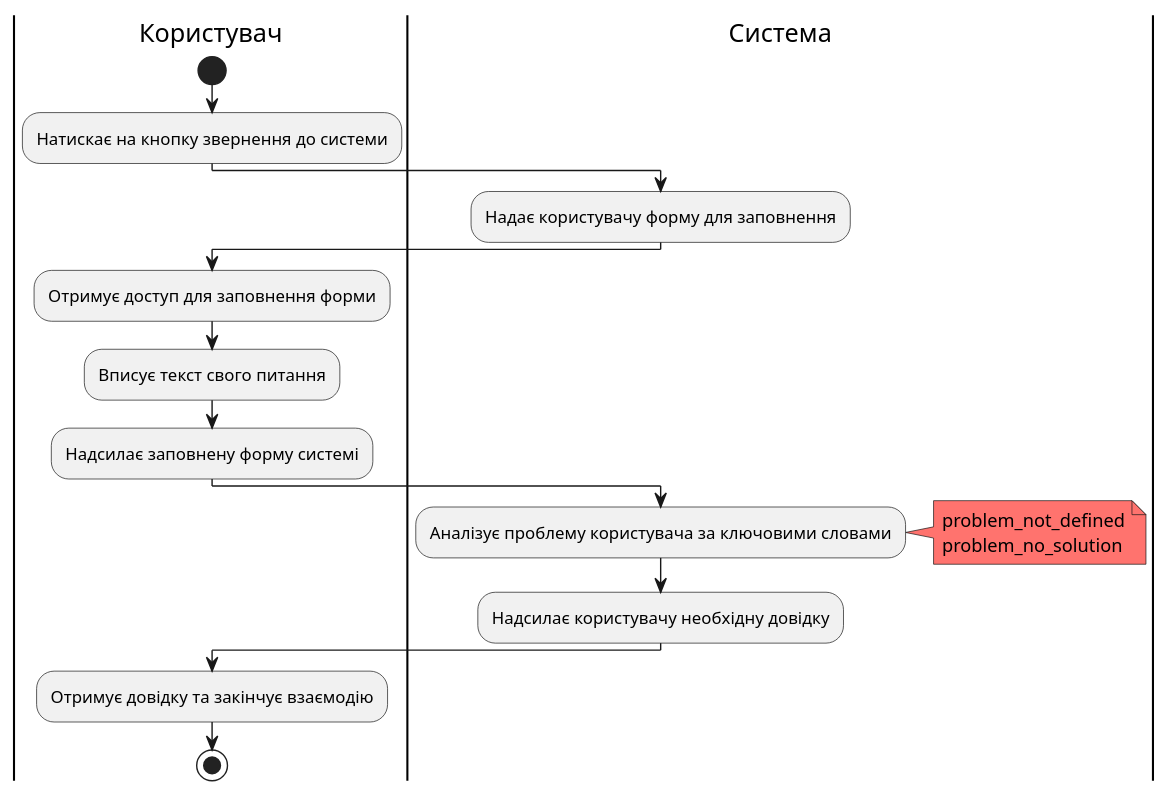
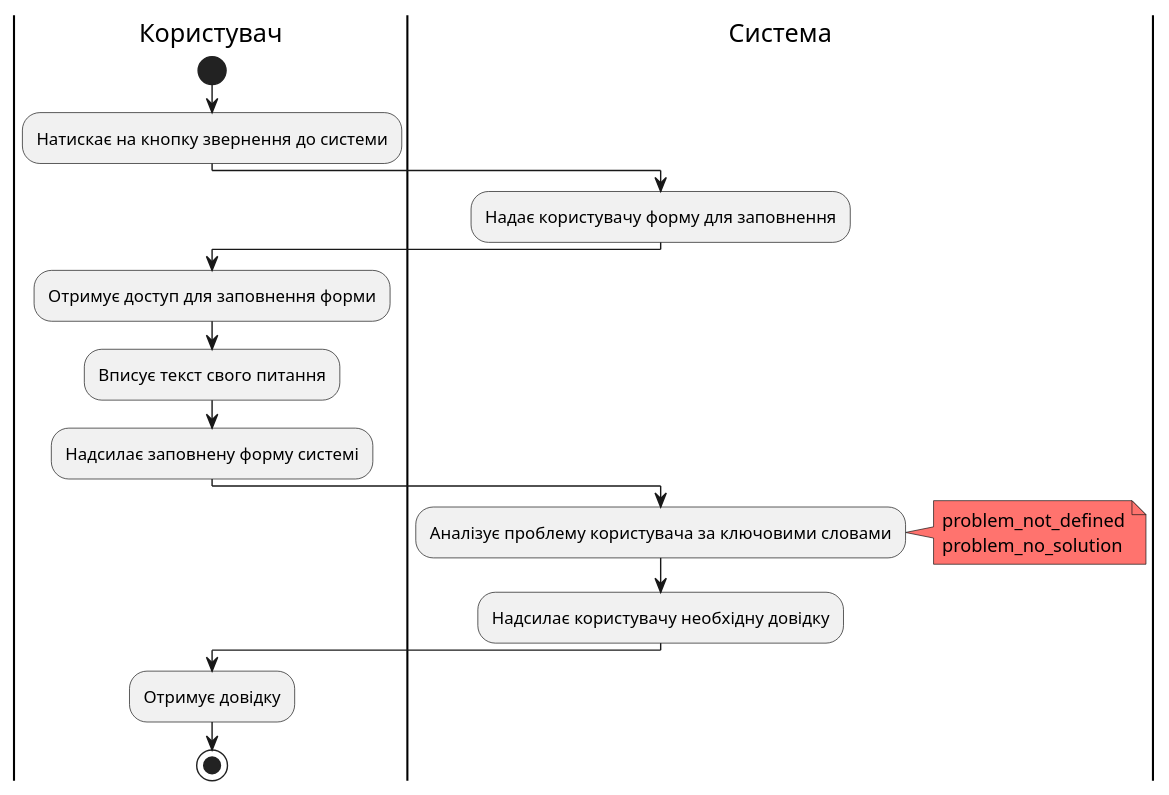
One commit to nonGratis/retarder-io-23-3 changed the seventh of 18 diagrams in docs/use cases/README.md. Above: the diagram before and after it, drawn with PlantUML. The commit also changed other lines of this file, not shown here.

Commit message:
Update UML diagrams for use cases

```diff
--- a/docs/use cases/README.md
+++ b/docs/use cases/README.md
@@ -198,22 +198,22 @@
 @startuml
 |Користувач|
     start
     :Натискає на кнопку звернення до системи;
 |Система|
     :Надає користувачу форму для заповнення;
 |Користувач|
     :Отримує доступ для заповнення форми;
     :Вписує текст свого питання;
     :Надсилає заповнену форму системі;
 |Система|
     :Аналізує проблему користувача за ключовими словами;
         note right #FF736E
             problem_not_defined
             problem_no_solution
         end note
 
     :Надсилає користувачу необхідну довідку;
 |Користувач|
-    :Отримує довідку та закінчує взаємодію;
+    :Отримує довідку;
     stop;
 @enduml
```
